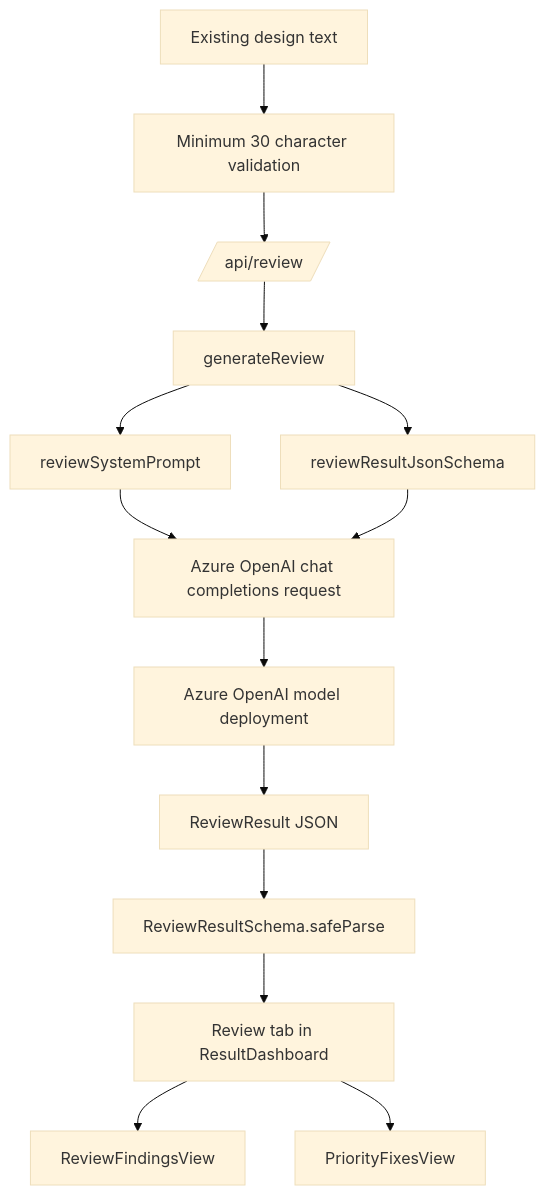
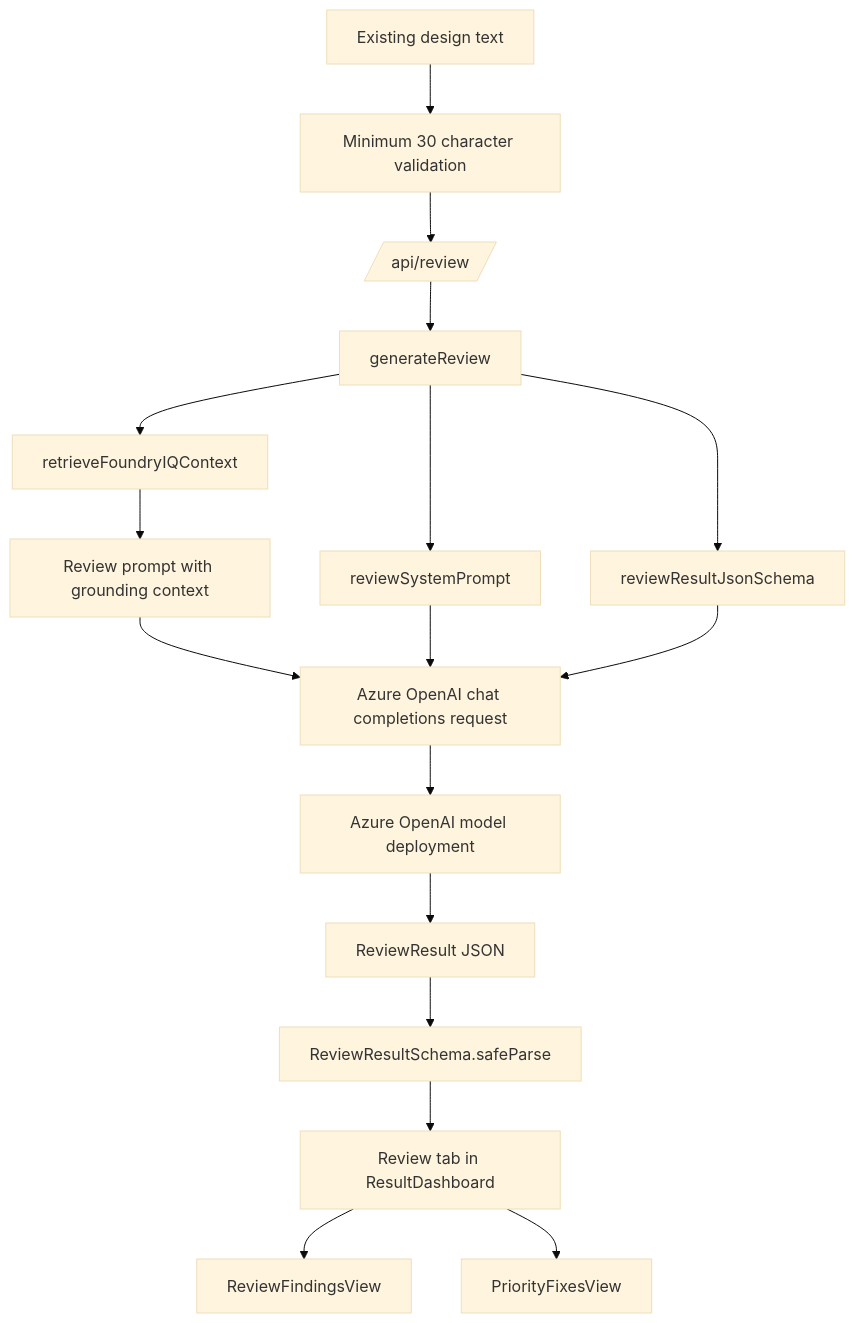
The sixth of 9 diagrams in docs/architecture.md (beretests/Power-Platform-Solution-Architect-Agent), drawn with Mermaid (base theme) before and after one commit. The commit also changed other lines of this file and 24 other files, not shown here.

Commit message:
Implement Foundry IQ grounding

````diff
--- a/docs/architecture.md
+++ b/docs/architecture.md
@@ -145,16 +204,19 @@
 ```mermaid
 flowchart TD
     Design[Existing design text] --> LengthCheck[Minimum 30 character validation]
     LengthCheck --> ReviewRoute[/api/review/]
     ReviewRoute --> GenerateReview[generateReview]
+    GenerateReview --> Grounding[retrieveFoundryIQContext]
+    Grounding --> GroundedPrompt[Review prompt with grounding context]
     GenerateReview --> ReviewPrompt[reviewSystemPrompt]
     GenerateReview --> ReviewSchema[reviewResultJsonSchema]
-    ReviewPrompt --> ReviewRequest[Azure OpenAI chat completions request]
+    GroundedPrompt --> ReviewRequest[Azure OpenAI chat completions request]
+    ReviewPrompt --> ReviewRequest
     ReviewSchema --> ReviewRequest
     ReviewRequest --> Model[Azure OpenAI model deployment]
     Model --> ReviewJson[ReviewResult JSON]
     ReviewJson --> ReviewZod[ReviewResultSchema.safeParse]
     ReviewZod --> Dashboard[Review tab in ResultDashboard]
     Dashboard --> Findings[ReviewFindingsView]
     Dashboard --> Fixes[PriorityFixesView]
 ```
````
